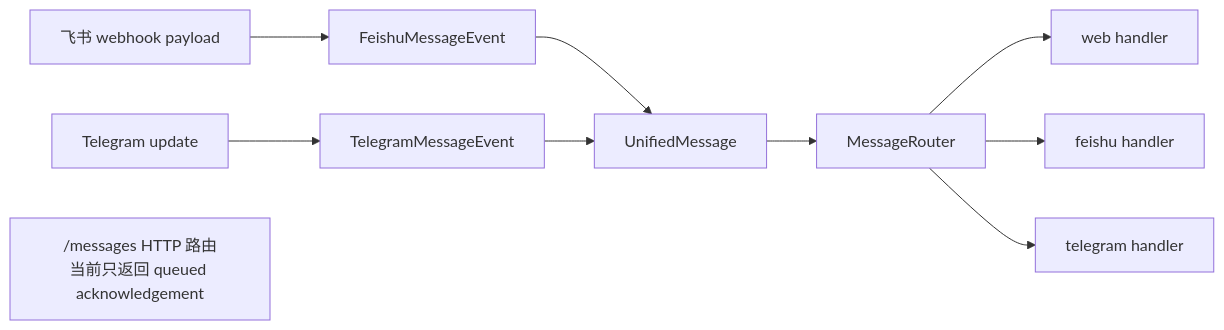
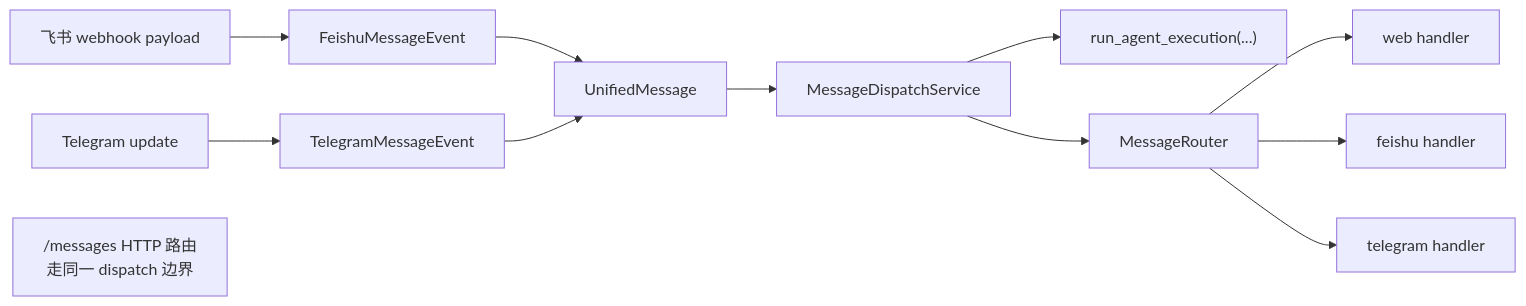
Before and after one commit to zcxGGmu/Portex: the third of 3 diagrams in README.zh-CN.md, drawn with Mermaid. The commit also changed other lines of this file and 5 other files, not shown here.

````diff
--- a/README.zh-CN.md
+++ b/README.zh-CN.md
@@ -100,15 +100,16 @@
 ```mermaid
 flowchart LR
     FRaw["飞书 webhook payload"] --> FEvent["FeishuMessageEvent"]
     TRaw["Telegram update"] --> TEvent["TelegramMessageEvent"]
 
     FEvent --> UMsg["UnifiedMessage"]
     TEvent --> UMsg
 
-    UMsg --> Router["MessageRouter"]
+    UMsg --> Dispatch["MessageDispatchService"]
+    Dispatch --> RuntimeDispatch["run_agent_execution(...)"]
+    Dispatch --> Router["MessageRouter"]
     Router --> WebHandler["web handler"]
     Router --> FeishuHandler["feishu handler"]
     Router --> TelegramHandler["telegram handler"]
-
-    Placeholder["/messages HTTP 路由<br/>当前只返回 queued acknowledgement"]
+    HTTP["/messages HTTP 路由<br/>走同一 dispatch 边界"]
 ```
````
